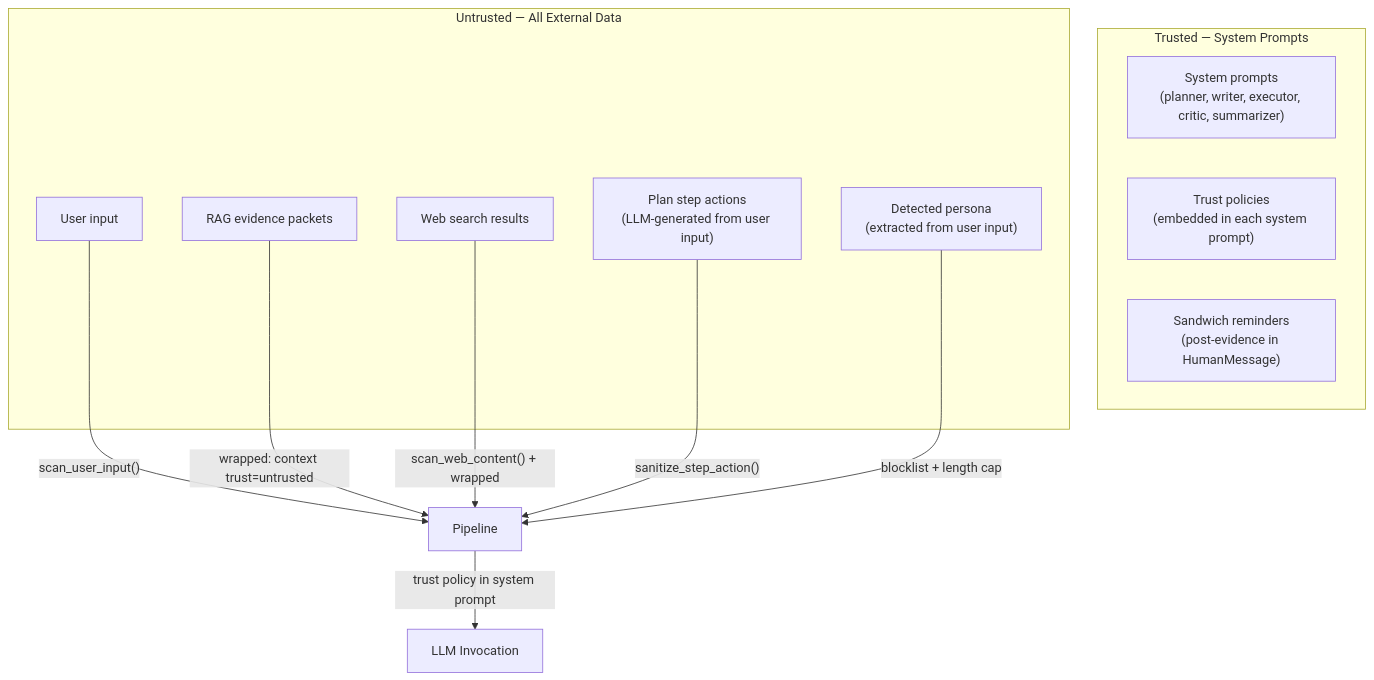
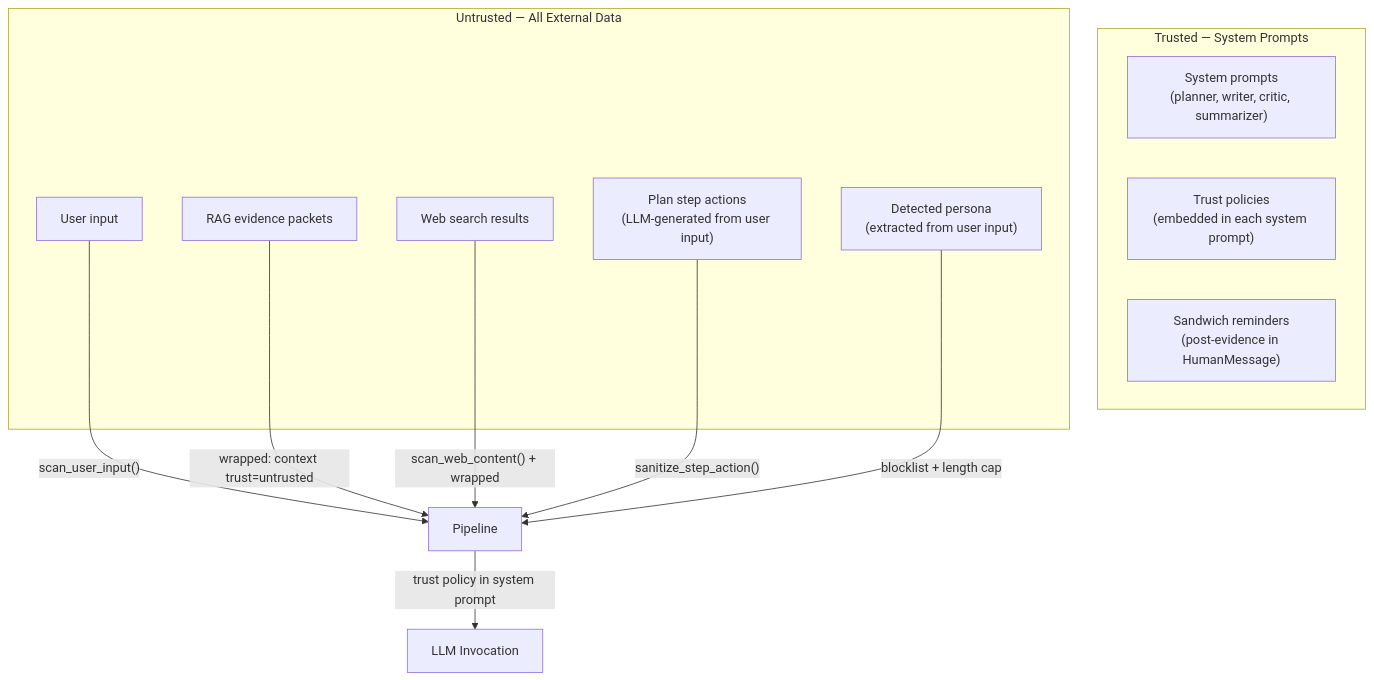
One commit to supernovae/synesis changed the first of 2 diagrams in docs/SECURITY.md. Above: the diagram before and after it, drawn with Mermaid. The commit also changed other lines of this file and 19 other files, not shown here.

First line of the commit message:
planner: remove dead executor/patch_integrity nodes; align graph + docs

````diff
--- a/docs/SECURITY.md
+++ b/docs/SECURITY.md
@@ -19,23 +19,23 @@
 ```mermaid
 flowchart TD
     subgraph trusted [Trusted — System Prompts]
-        SP["System prompts\n(planner, writer, executor, critic, summarizer)"]
+        SP["System prompts\n(planner, writer, critic, summarizer)"]
         TP["Trust policies\n(embedded in each system prompt)"]
         SR["Sandwich reminders\n(post-evidence in HumanMessage)"]
     end
 
     subgraph untrusted [Untrusted — All External Data]
         UI["User input"]
         RAG["RAG evidence packets"]
         WEB["Web search results"]
         STEP["Plan step actions\n(LLM-generated from user input)"]
         PERS["Detected persona\n(extracted from user input)"]
     end
 
     UI -->|"scan_user_input()"| Pipeline
     RAG -->|"wrapped: context trust=untrusted"| Pipeline
     WEB -->|"scan_web_content() + wrapped"| Pipeline
     STEP -->|"sanitize_step_action()"| Pipeline
     PERS -->|"blocklist + length cap"| Pipeline
     Pipeline -->|"trust policy in system prompt"| LLM["LLM Invocation"]
 ```
````
